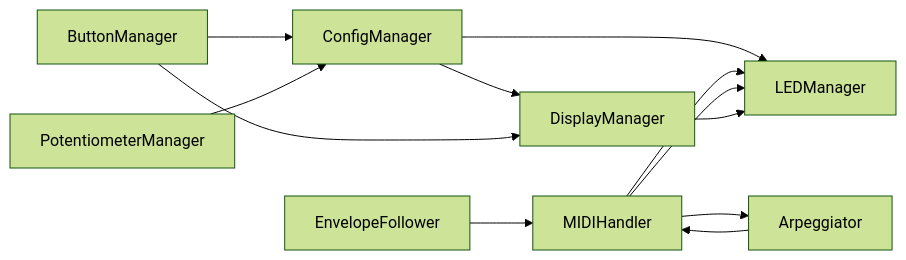
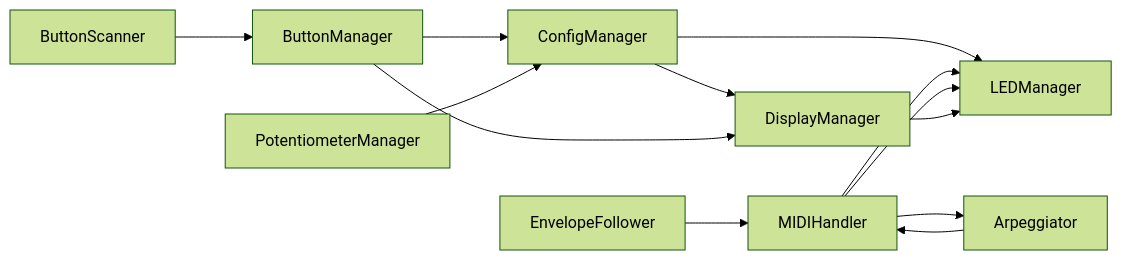
Before and after one commit to bseverns/MOARkNOBS-42: the diagram in firmware/include/README.md, drawn with Mermaid (forest theme). The commit also changed other lines of this file and 9 other files, not shown here.

````diff
--- a/firmware/include/README.md
+++ b/firmware/include/README.md
@@ -43,11 +44,12 @@
 ```mermaid
 flowchart LR
+    ButtonScanner --> ButtonManager
     ButtonManager --> ConfigManager
     PotentiometerManager --> ConfigManager
     ConfigManager --> LEDManager
     ConfigManager --> DisplayManager
     MIDIHandler --> Arpeggiator
     EnvelopeFollower --> MIDIHandler --> LEDManager
     Arpeggiator --> MIDIHandler --> LEDManager
     ButtonManager --> DisplayManager --> LEDManager
 ```
````
